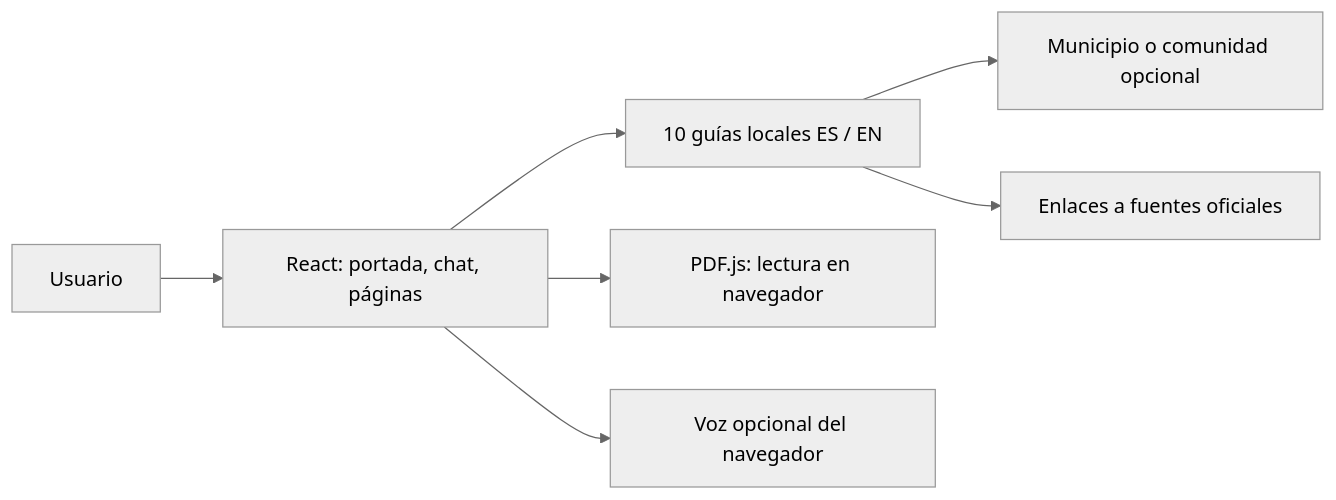
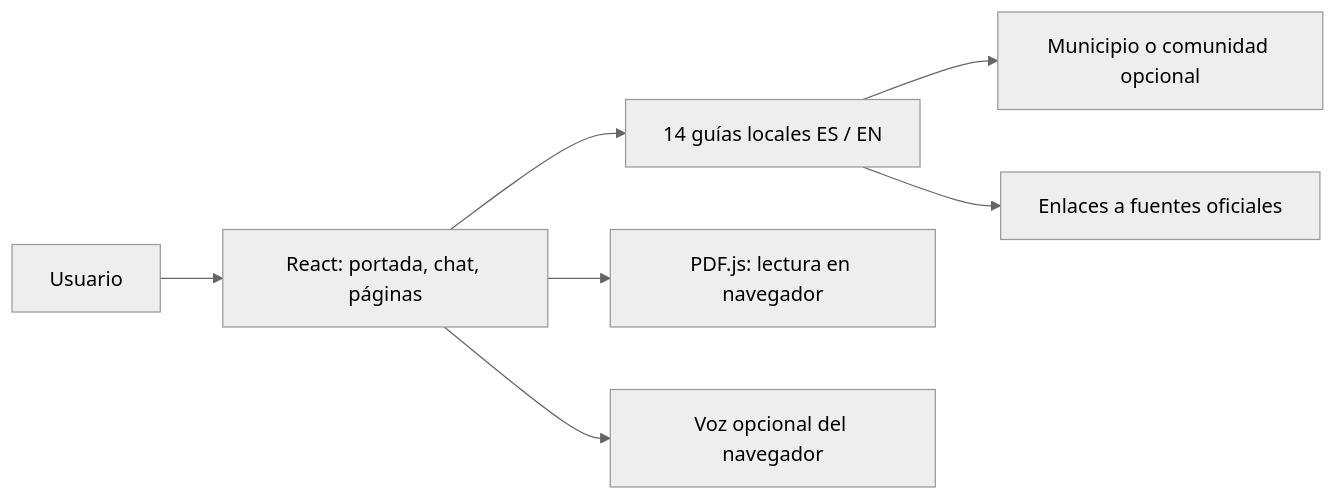
Before and after one commit to apolmig/espanachat: the first of 2 diagrams in docs/arquitectura.md, drawn with Mermaid (neutral theme). The commit also changed other lines of this file and 20 other files, not shown here.

````diff
--- a/docs/arquitectura.md
+++ b/docs/arquitectura.md
@@ -50,9 +50,9 @@
 ```mermaid
 flowchart LR
   U[Usuario] --> UI[React: portada, chat, páginas]
-  UI --> G[10 guías locales ES / EN]
+  UI --> G[14 guías locales ES / EN]
   G --> T[Municipio o comunidad opcional]
   UI --> PDF[PDF.js: lectura en navegador]
   G --> S[Enlaces a fuentes oficiales]
   UI --> V[Voz opcional del navegador]
 ```
````
